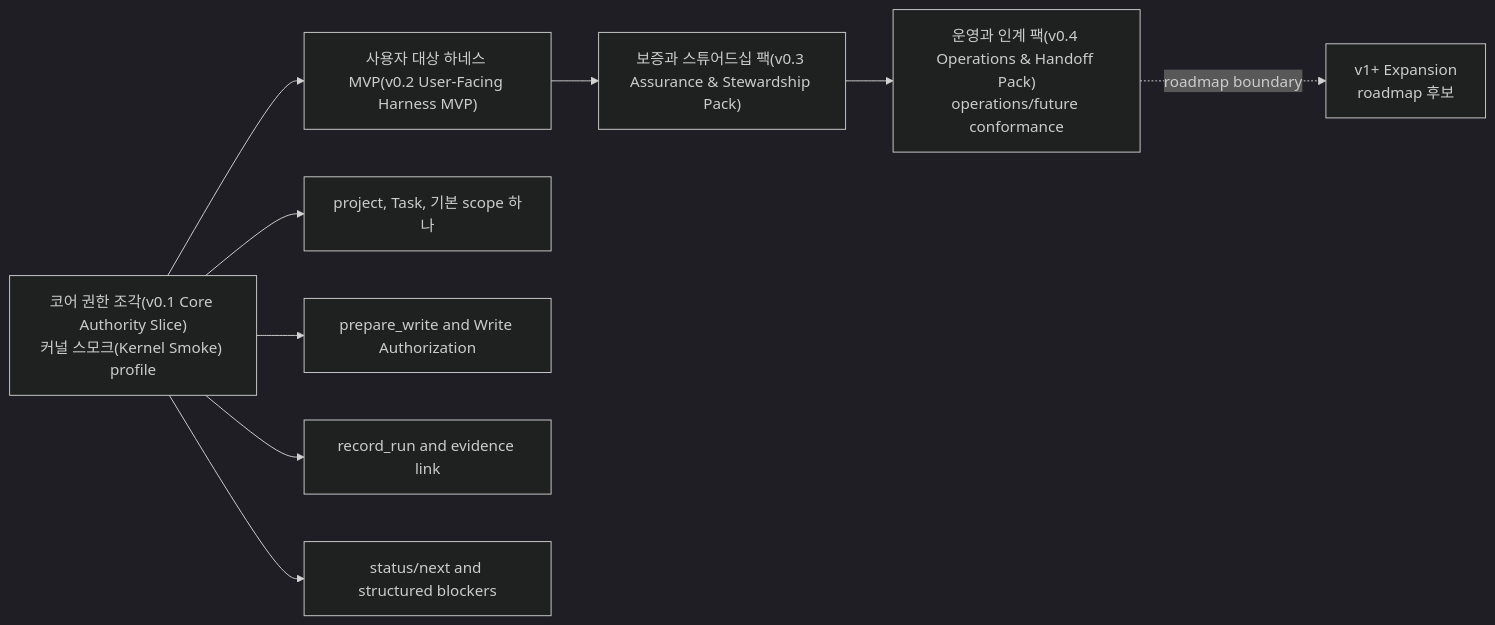
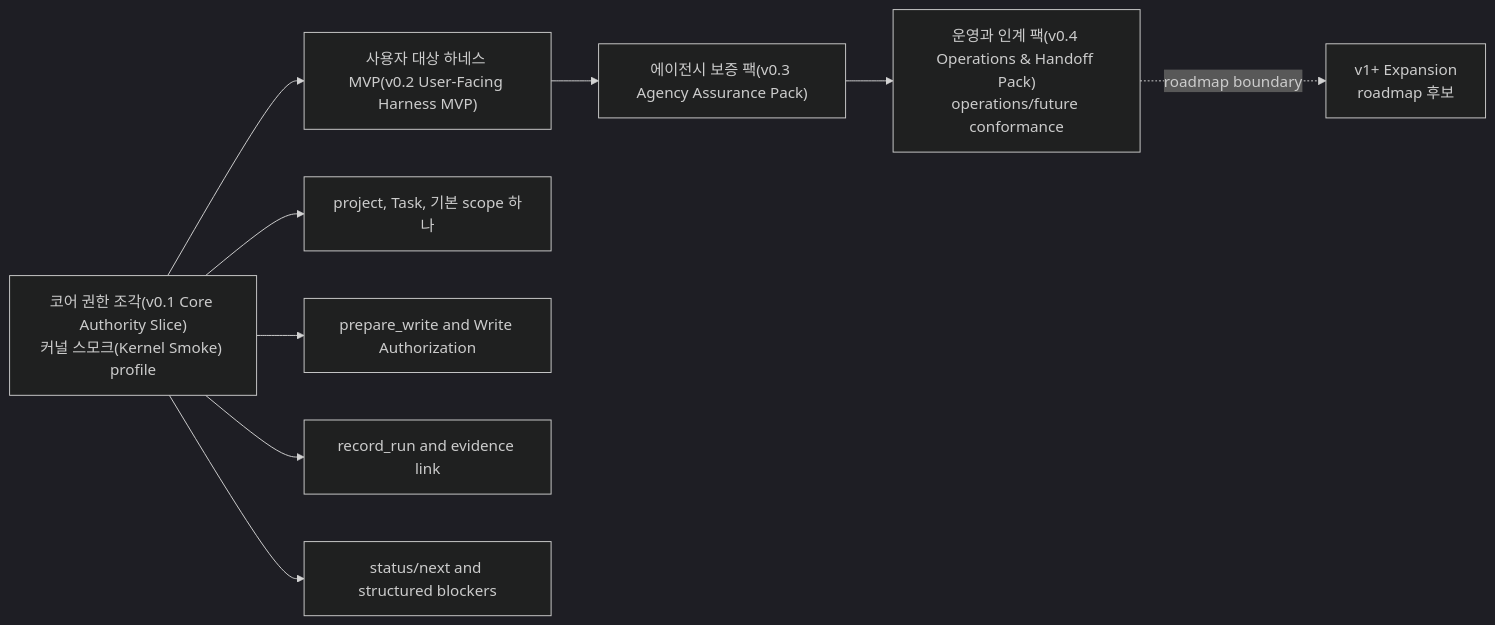
One commit to minjungw00/Harness_Project changed the second of 11 diagrams in docs/ko/reference/operations-and-conformance.md. Above: the diagram before and after it, drawn with Mermaid (dark theme). The commit also changed other lines of this file and 47 other files, not shown here.

````diff
--- a/docs/ko/reference/operations-and-conformance.md
+++ b/docs/ko/reference/operations-and-conformance.md
@@ -148,11 +148,11 @@
 ```mermaid
 flowchart LR
   Kernel["코어 권한 조각(v0.1 Core Authority Slice)<br/>커널 스모크(Kernel Smoke) profile"] --> Evidence["사용자 대상 하네스 MVP(v0.2 User-Facing Harness MVP)"]
-  Evidence --> Agency["보증과 스튜어드십 팩(v0.3 Assurance & Stewardship Pack)"]
+  Evidence --> Agency["에이전시 보증 팩(v0.3 Agency Assurance Pack)"]
   Agency --> Ops["운영과 인계 팩(v0.4 Operations & Handoff Pack)<br/>operations/future conformance"]
   Ops -. roadmap boundary .-> Expansion["v1+ Expansion<br/>roadmap 후보"]
   Kernel --> K1["project, Task, 기본 scope 하나"]
   Kernel --> K2["prepare_write and Write Authorization"]
   Kernel --> K3["record_run and evidence link"]
   Kernel --> K4["status/next and structured blockers"]
 ```
````
